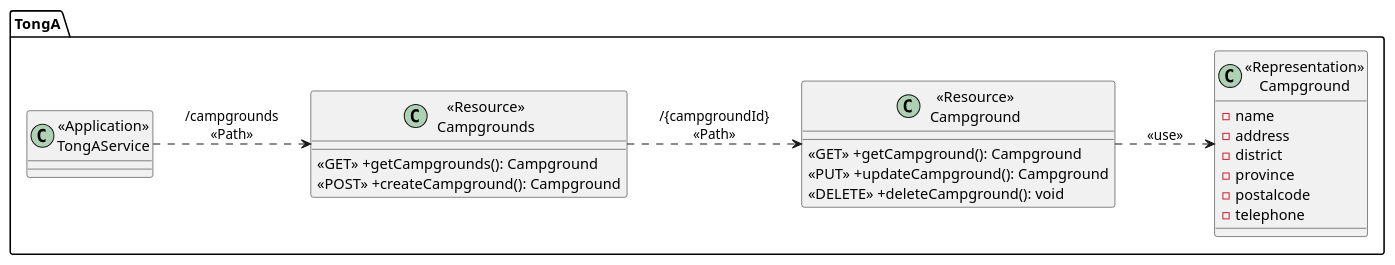
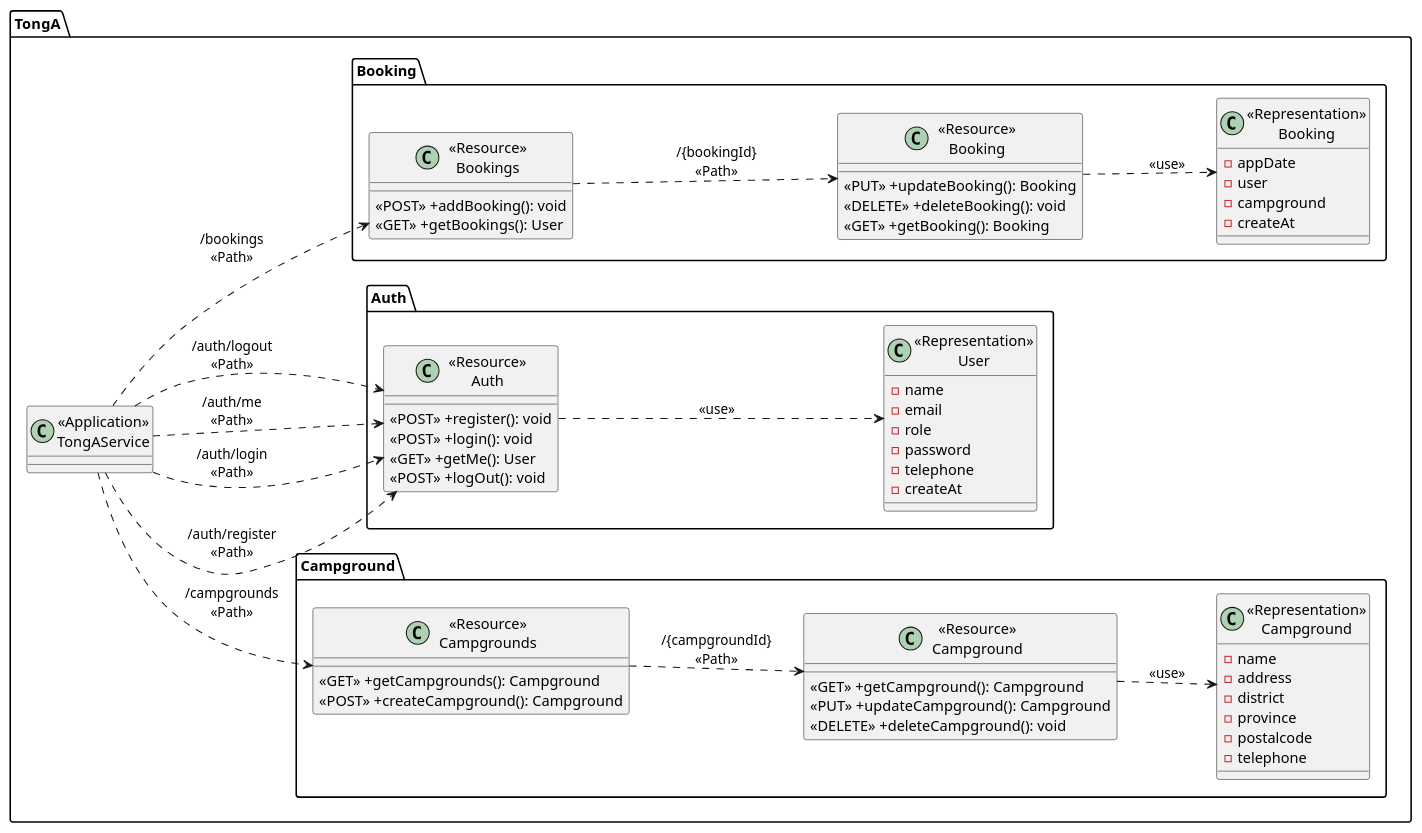
Before and after one commit to 2110503-2564/fe-project-2024-2-tong-a: the diagram in plantuml/class.puml, drawn with PlantUML. The commit also changed 5 other files, not shown here.

```diff
--- a/plantuml/class.puml
+++ b/plantuml/class.puml
@@ -1,32 +1,84 @@
 @startuml
 left to right direction
 package "TongA"{
     class "<<Application>>\nTongAService" as TongAService{}
+    package "Campground"{
+        class "<<Resource>>\nCampgrounds" as ResourceCampgrounds{
+            <<GET>> +getCampgrounds(): Campground
+            <<POST>> +createCampground(): Campground
+        }
 
-    class "<<Resource>>\nCampgrounds" as ResourceCampgrounds{
-        <<GET>> +getCampgrounds(): Campground
-        <<POST>> +createCampground(): Campground
+        class "<<Resource>>\nCampground" as ResourceCampground {
+            <<GET>> +getCampground(): Campground
+            <<PUT>> +updateCampground(): Campground
+            <<DELETE>> +deleteCampground(): void
+        }
+
+        class "<<Representation>>\nCampground" as RepresentationCampground {
+            -name
+            -address
+            -district
+            -province
+            -postalcode
+            -telephone
+        }
     }
 
-    class "<<Resource>>\nCampground" as ResourceCampground {
-        <<GET>> +getCampground(): Campground
-        <<PUT>> +updateCampground(): Campground
-        <<DELETE>> +deleteCampground(): void
+    package "Auth"{
+        class "<<Resource>>\nAuth" as ResourceAuth{
+            <<POST>> +register(): void
+            <<POST>> +login(): void
+            <<GET>> +getMe(): User
+            <<POST>> +logOut(): void
+            
+        }
+
+        
+
+        class "<<Representation>>\nUser" as RepresentationAuth{
+            -name
+            -email
+            -role
+            -password
+            -telephone
+            -createAt
+        }
     }
 
-    class "<<Representation>>\nCampground" as RepresentationCampground {
-        -name
-        -address
-        -district
-        -province
-        -postalcode
-        -telephone
+    package "Booking"{
+        class "<<Resource>>\nBookings" as ResourceBookings{
+            <<POST>> +addBooking(): void
+            <<GET>> +getBookings(): User
+        }
+
+        class "<<Resource>>\nBooking" as ResourceBooking{
+            <<PUT>> +updateBooking(): Booking
+            <<DELETE>> +deleteBooking(): void
+            <<GET>> +getBooking(): Booking
+        }
+
+        class "<<Representation>>\nBooking" as RepresentationBooking{
+            -appDate
+            -user
+            -campground
+            -createAt
+        }
     }
 
 }
 
 TongAService ..> ResourceCampgrounds:"/campgrounds\n<<Path>>"
 ResourceCampgrounds ..> ResourceCampground: "/{campgroundId}\n<<Path>>"
 ResourceCampground ..> RepresentationCampground: "<<use>>"
 
+TongAService ..>  ResourceAuth: "/auth/register\n<<Path>>"
+TongAService ..>  ResourceAuth: "/auth/login\n<<Path>>"
+TongAService ..>  ResourceAuth: "/auth/me\n<<Path>>"
+TongAService ..>  ResourceAuth: "/auth/logout\n<<Path>>"
+ResourceAuth ..> RepresentationAuth : "<<use>>"
+
+TongAService ..> ResourceBookings:"/bookings\n<<Path>>"
+ResourceBookings ..> ResourceBooking: "/{bookingId}\n<<Path>>"
+ResourceBooking ..> RepresentationBooking: "<<use>>"
+
 @enduml
```
